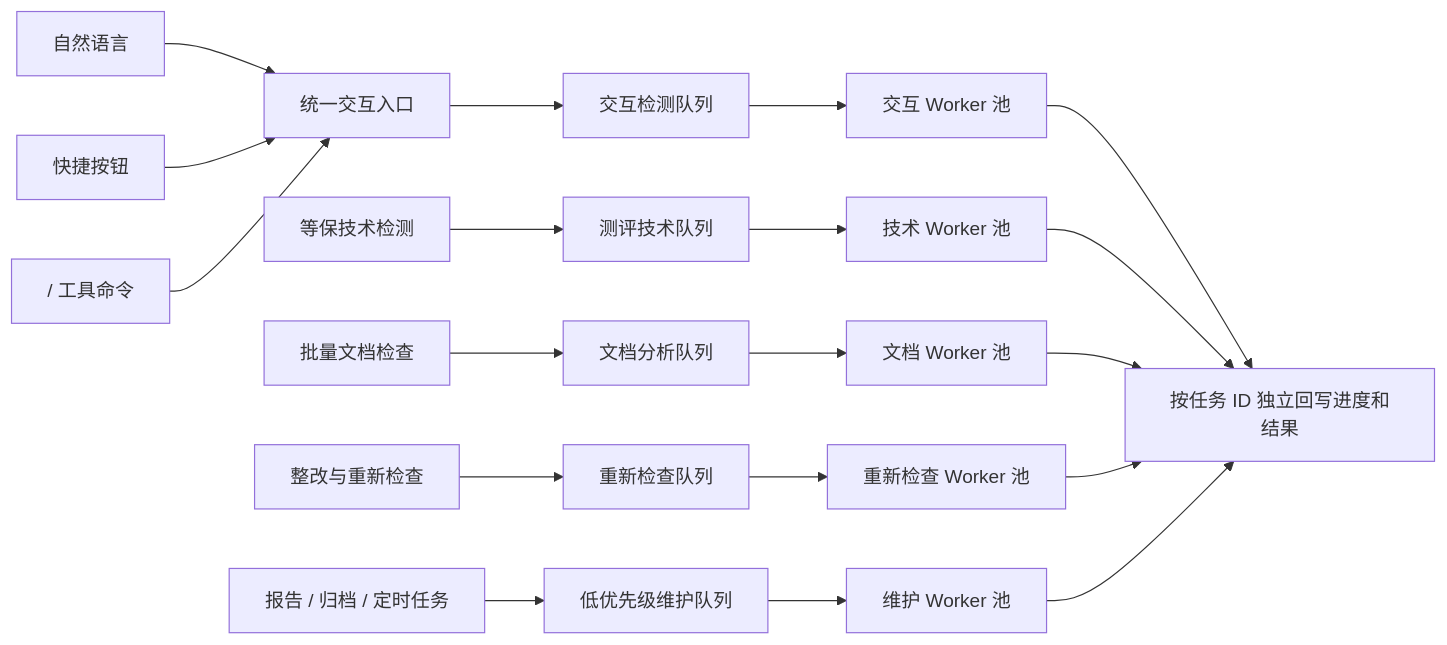
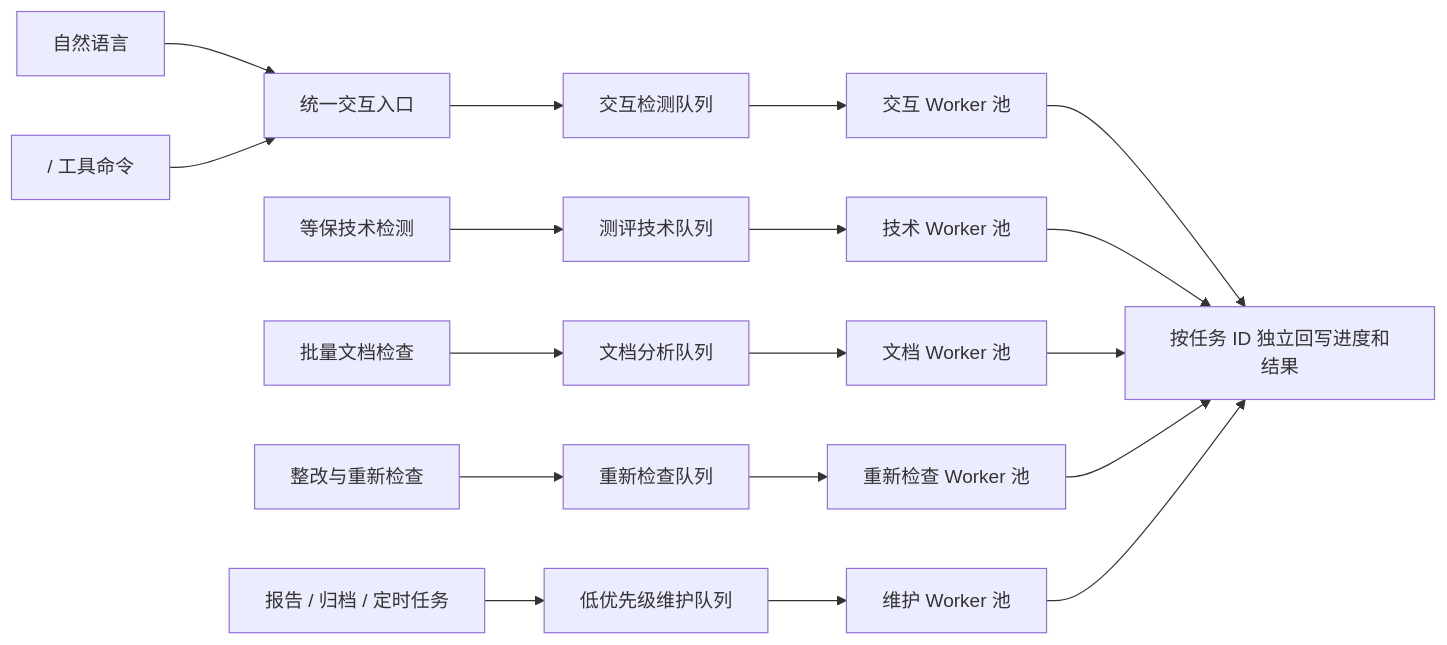
Before and after one commit to asxzsa558/CertiProof: the eighth of 11 diagrams in .opencode/plans/ARCHITECTURE.md, drawn with Mermaid. The commit also changed other lines of this file and 42 other files, not shown here.

Commit message:
fix: stabilize assessment workspace and result flows

````diff
--- a/.opencode/plans/ARCHITECTURE.md
+++ b/.opencode/plans/ARCHITECTURE.md
@@ -809,21 +826,20 @@
 ```mermaid
 flowchart LR
   CHAT["自然语言"] --> INGRESS["统一交互入口"]
-  QUICK["快捷按钮"] --> INGRESS
   SLASH["/ 工具命令"] --> INGRESS
   INGRESS --> IQ["交互检测队列"]
   ASSESS["等保技术检测"] --> TQ["测评技术队列"]
   DOC["批量文档检查"] --> DQ["文档分析队列"]
   VERIFY["整改与重新检查"] --> VQ["重新检查队列"]
   MAINT["报告 / 归档 / 定时任务"] --> MQ["低优先级维护队列"]
   IQ --> IW["交互 Worker 池"]
   TQ --> TW["技术 Worker 池"]
   DQ --> DW["文档 Worker 池"]
   VQ --> VW["重新检查 Worker 池"]
   MQ --> MW["维护 Worker 池"]
   IW --> RESULT["按任务 ID 独立回写进度和结果"]
   TW --> RESULT
   DW --> RESULT
   VW --> RESULT
   MW --> RESULT
 ```
````
